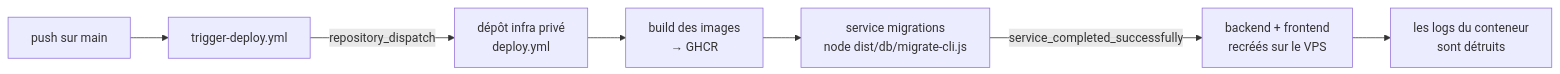
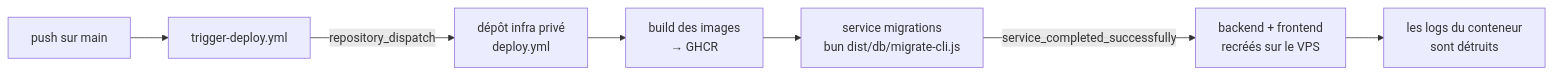
One commit to pleymor/psnes-online changed diagram 11 of 11 in TECHNICAL.md. Above: the diagram before and after it, drawn with Mermaid. The commit also changed 95 other files, not shown here.

````diff
--- a/TECHNICAL.md
+++ b/TECHNICAL.md
@@ -781,9 +781,9 @@
 ```mermaid
 flowchart LR
   P["push sur main"] --> T["trigger-deploy.yml"]
   T -->|repository_dispatch| I["dépôt infra privé<br/>deploy.yml"]
   I --> B["build des images<br/>→ GHCR"]
-  B --> M["service migrations<br/>node dist/db/migrate-cli.js"]
+  B --> M["service migrations<br/>bun dist/db/migrate-cli.js"]
   M -->|service_completed_successfully| S["backend + frontend<br/>recréés sur le VPS"]
   S --> L["les logs du conteneur<br/>sont détruits"]
 ```
````
